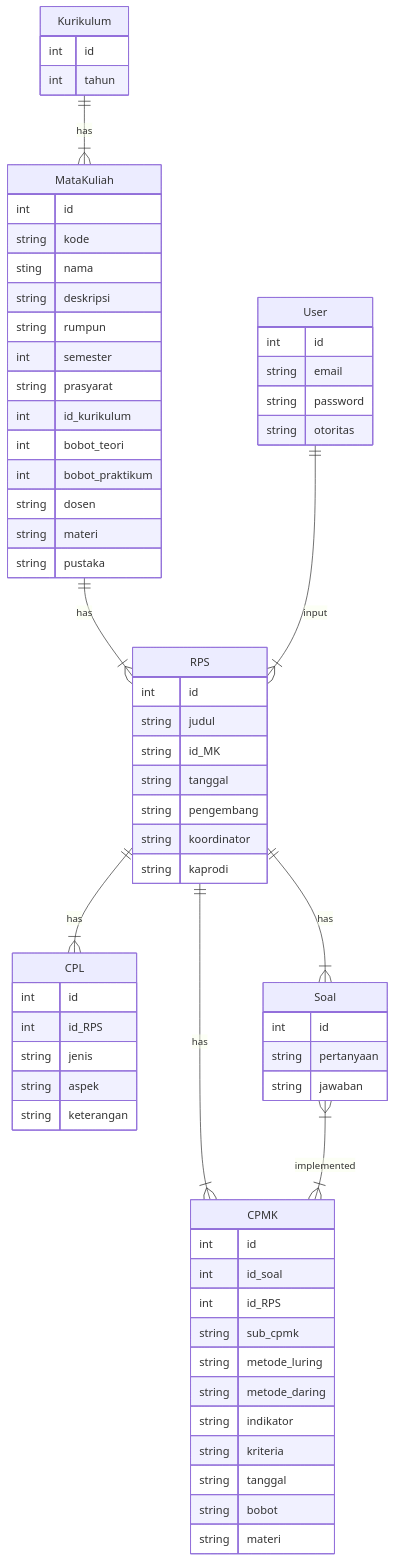
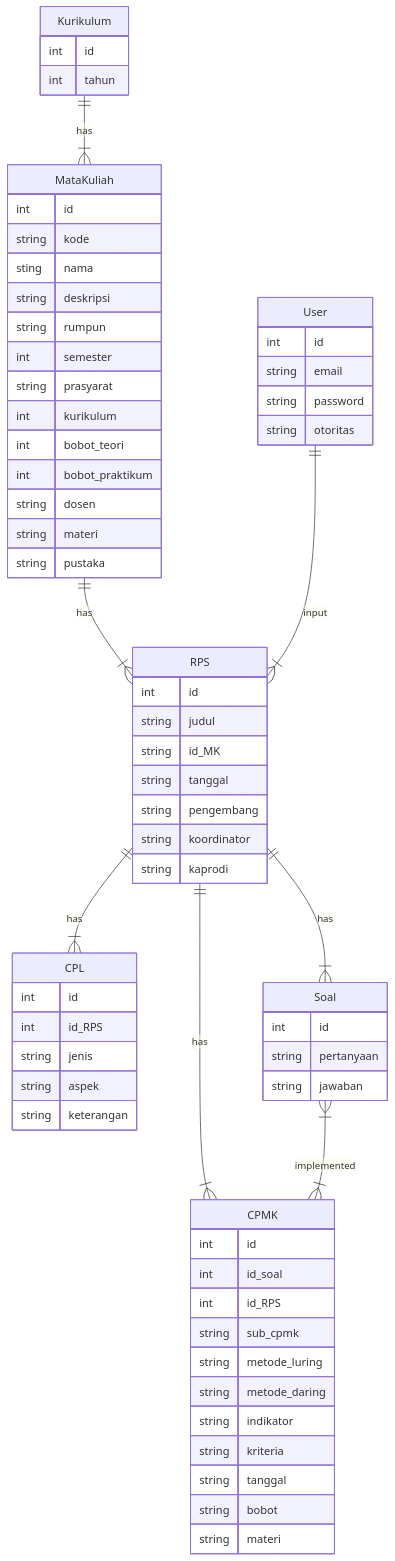
One commit to achieto/SMMP changed the first of 2 diagrams in README.md. Above: the diagram before and after it, drawn with Mermaid.

````diff
--- a/README.md
+++ b/README.md
@@ -2,70 +2,70 @@
 ```mermaid
 erDiagram
           Kurikulum ||--|{ MataKuliah : has
           MataKuliah ||--|{ RPS : has
           RPS ||--|{ CPL : has
           RPS ||--|{ CPMK : has
           RPS ||--|{ Soal : has
           Soal }|--|{ CPMK : implemented
           User ||--|{ RPS : input 
 
           User {
             int id
             string email
             string password
             string otoritas 
           }
           Kurikulum {
             int id
             int tahun
           }
           MataKuliah {
             int id
             string kode
             sting nama
             string deskripsi
             string rumpun
             int semester
             string prasyarat
-            int id_kurikulum
+            int kurikulum
             int bobot_teori
             int bobot_praktikum
             string dosen
             string materi
             string pustaka
           }
           RPS {
             int id
             string judul
             string id_MK
             string tanggal
             string pengembang
             string koordinator
             string kaprodi
           }
           CPL {
             int id
             int id_RPS
             string jenis
             string aspek
             string keterangan
           }
           CPMK {
             int id
             int id_soal
             int id_RPS
             string sub_cpmk
             string metode_luring
             string metode_daring
             string indikator
             string kriteria
             string tanggal
             string bobot
             string materi
           }
           Soal {
             int id
             string pertanyaan
             string jawaban
           }
 ```
````
